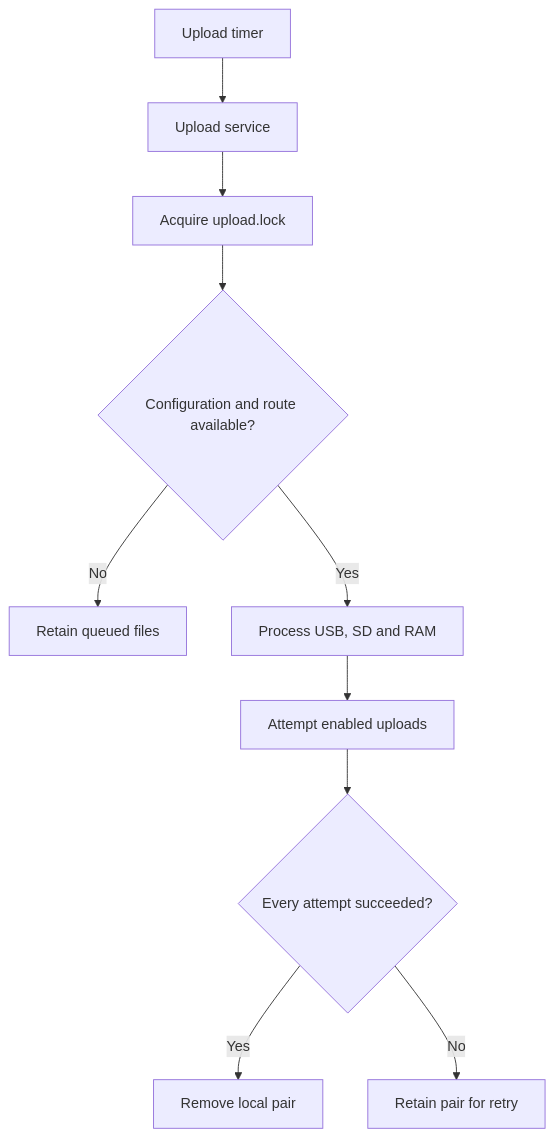
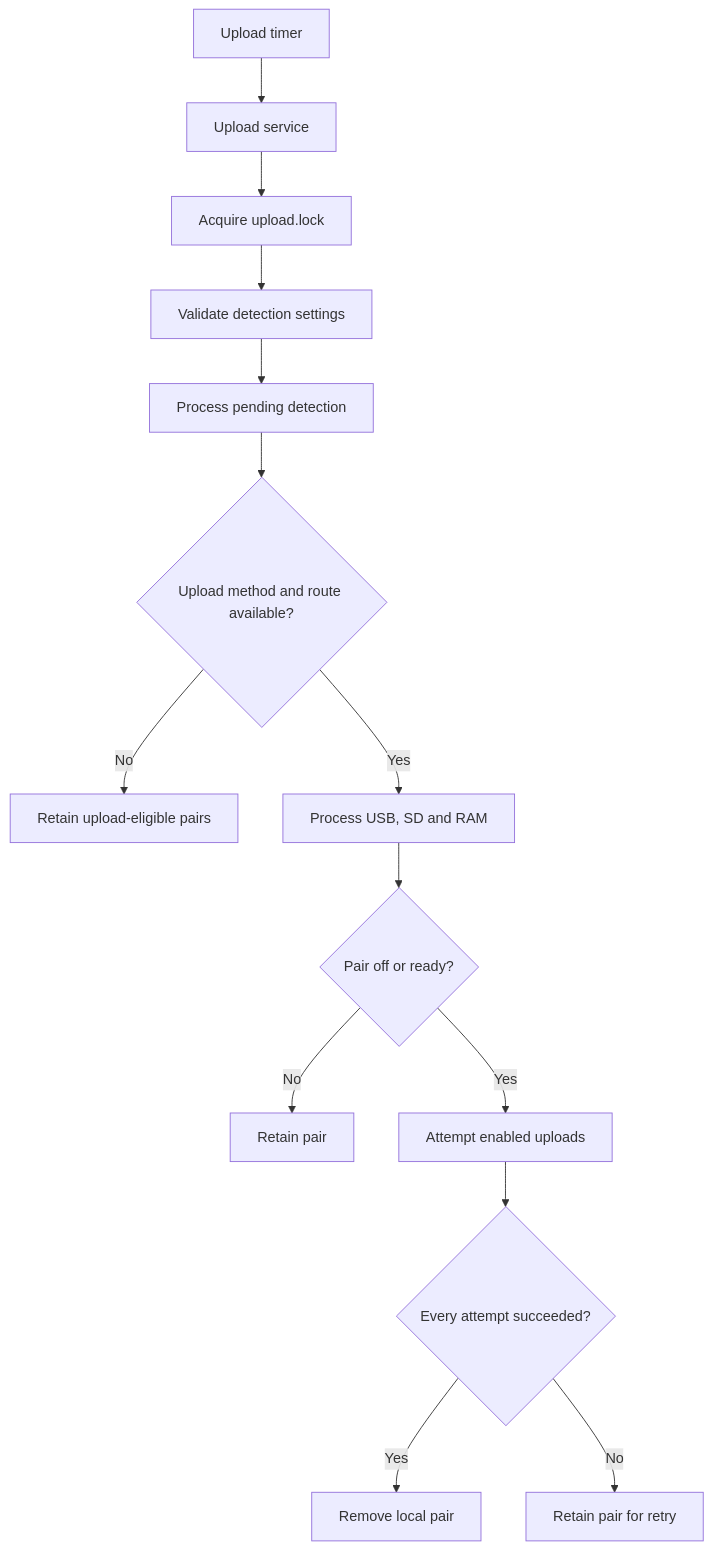
The fourth of 4 diagrams in software/docs/ARCHITECTURE.md (luca-c-eng/oscars-phenocam), drawn with Mermaid before and after one commit. The commit also changed other lines of this file, not shown here.

First line of the commit message:
Revise architecture details and add detection flow

````diff
--- a/software/docs/ARCHITECTURE.md
+++ b/software/docs/ARCHITECTURE.md
@@ -164,12 +252,16 @@
 ```mermaid
 flowchart TD
     A["Upload timer"] --> B["Upload service"]
     B --> C["Acquire upload.lock"]
-    C --> D{"Configuration and route available?"}
-    D -- No --> E["Retain queued files"]
-    D -- Yes --> F["Process USB, SD and RAM"]
-    F --> G["Attempt enabled uploads"]
-    G --> H{"Every attempt succeeded?"}
-    H -- Yes --> I["Remove local pair"]
-    H -- No --> J["Retain pair for retry"]
+    C --> D["Validate detection settings"]
+    D --> E["Process pending detection"]
+    E --> F{"Upload method and route available?"}
+    F -- No --> G["Retain upload-eligible pairs"]
+    F -- Yes --> H["Process USB, SD and RAM"]
+    H --> I{"Pair off or ready?"}
+    I -- No --> J["Retain pair"]
+    I -- Yes --> K["Attempt enabled uploads"]
+    K --> L{"Every attempt succeeded?"}
+    L -- Yes --> M["Remove local pair"]
+    L -- No --> N["Retain pair for retry"]
 ```
````
